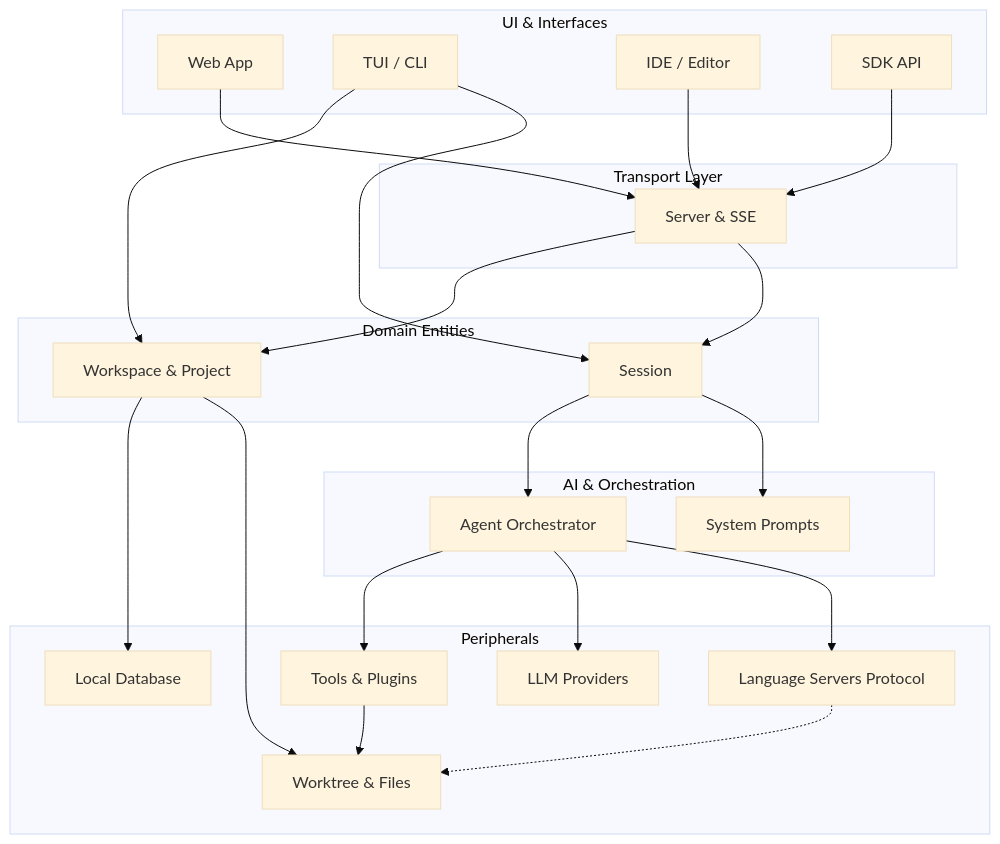
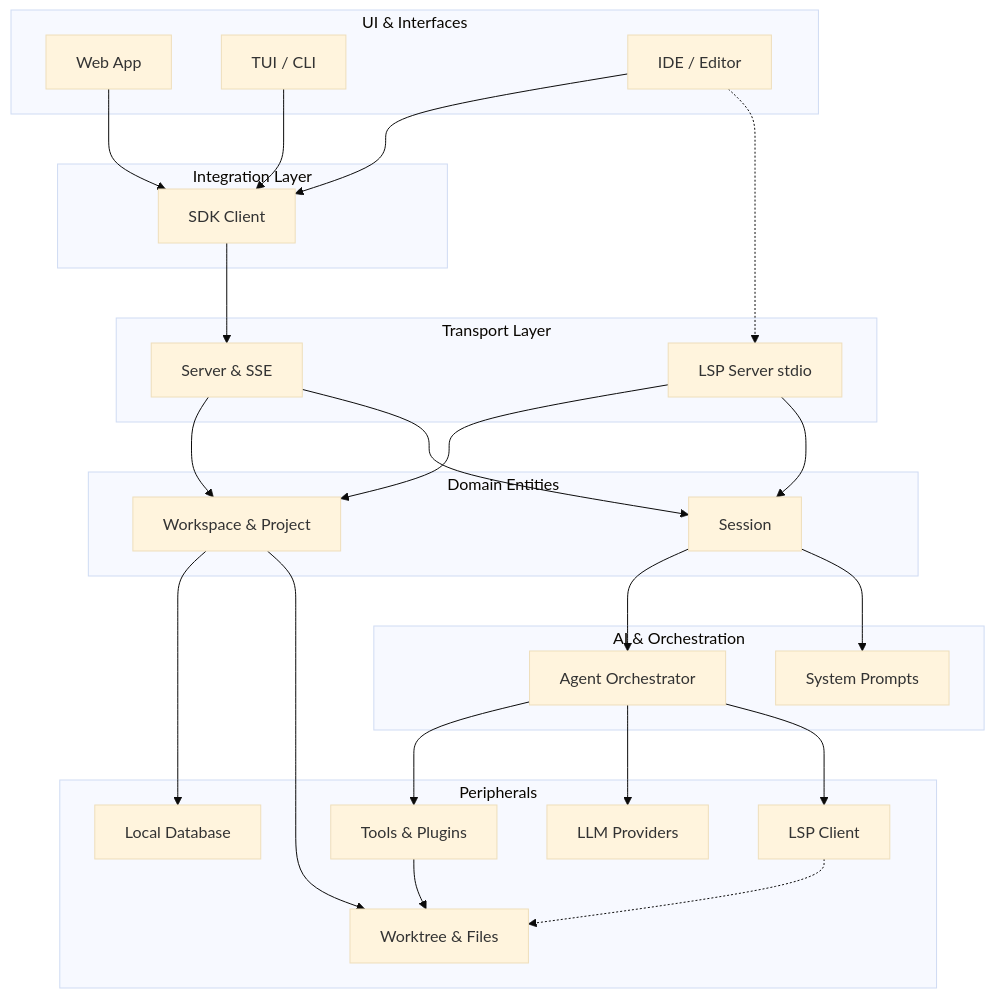
The diagram in packages/core/docs/README.md (liteaiagent/liteai), drawn with Mermaid (base theme) before and after one commit. The commit also changed other lines of this file and 23 other files, not shown here.

````diff
--- a/packages/core/docs/README.md
+++ b/packages/core/docs/README.md
@@ -21,55 +21,64 @@
 ```mermaid
 graph TD
     subgraph UI & Interfaces
         WebApp[Web App]
         CLI[TUI / CLI]
         IDE[IDE / Editor]
-        SDK[SDK API]
+    end
+
+    subgraph Integration Layer
+        SDK[SDK Client]
     end
 
     subgraph Transport Layer
         API[Server & SSE]
+        LSPServer[LSP Server stdio]
     end
 
     subgraph Domain Entities
         Project[Workspace & Project]
         Session[Session]
     end
 
     subgraph AI & Orchestration
         Agent[Agent Orchestrator]
         Prompt[System Prompts]
     end
 
     subgraph Peripherals
         Tools[Tools & Plugins]
         Provider[LLM Providers]
-        LSP[Language Servers Protocol]
+        LSPClient[LSP Client]
         Storage[Local Database]
         FS[Worktree & Files]
     end
 
-    WebApp --> API
-    IDE --> API
+    %% UI interactions pass through the SDK Client (or directly via API)
+    WebApp --> SDK
+    CLI --> SDK
+    IDE --> SDK
+    
+    %% IDE uses LSP Server separately
+    IDE -.-> LSPServer
+
+    %% SDK translates commands to HTTP/SSE
     SDK --> API
-
-    %% CLI directly executes the project
-    CLI --> Project
-    CLI --> Session
 
     API --> Project
     API --> Session
+    LSPServer --> Project
+    LSPServer --> Session
 
     Project --> Storage
     Project --> FS
 
     Session --> Agent
     Session --> Prompt
     
     Agent --> Tools
     Agent --> Provider
-    Agent --> LSP
+    Agent --> LSPClient
 
-    LSP -.-> FS
+    LSPClient -.-> FS
     Tools --> FS
 ```
````
